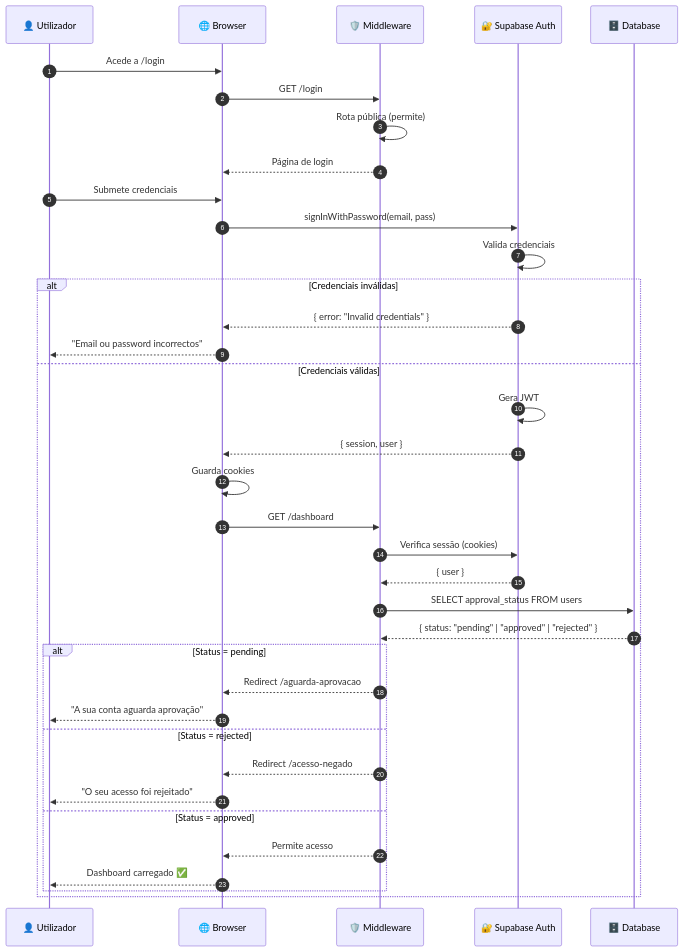
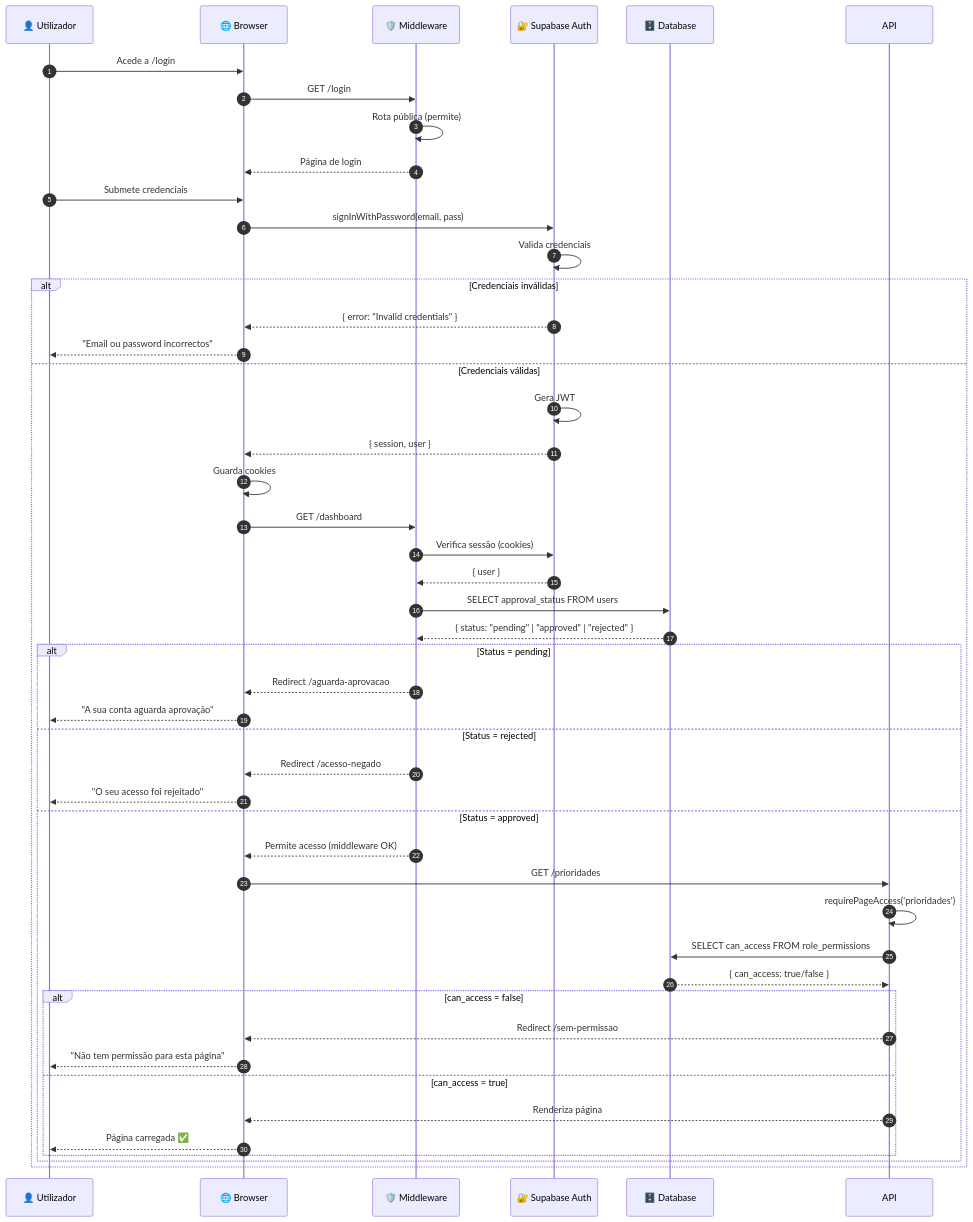
The seventh of 9 diagrams in docs/documentation/diagrams/security/auth-flow.md (hackkalot/crm-prestadores), drawn with Mermaid before and after one commit. The commit also changed other lines of this file and 37 other files, not shown here.

````diff
--- a/docs/documentation/diagrams/security/auth-flow.md
+++ b/docs/documentation/diagrams/security/auth-flow.md
@@ -190,45 +291,56 @@
 ```mermaid
 sequenceDiagram
     autonumber
     participant U as 👤 Utilizador
     participant B as 🌐 Browser
     participant M as 🛡️ Middleware
     participant S as 🔐 Supabase Auth
     participant DB as 🗄️ Database
 
     U->>B: Acede a /login
     B->>M: GET /login
     M->>M: Rota pública (permite)
     M-->>B: Página de login
 
     U->>B: Submete credenciais
     B->>S: signInWithPassword(email, pass)
     S->>S: Valida credenciais
 
     alt Credenciais inválidas
         S-->>B: { error: "Invalid credentials" }
         B-->>U: "Email ou password incorrectos"
     else Credenciais válidas
         S->>S: Gera JWT
         S-->>B: { session, user }
         B->>B: Guarda cookies
 
         B->>M: GET /dashboard
         M->>S: Verifica sessão (cookies)
         S-->>M: { user }
 
         M->>DB: SELECT approval_status FROM users
         DB-->>M: { status: "pending" | "approved" | "rejected" }
 
         alt Status = pending
             M-->>B: Redirect /aguarda-aprovacao
             B-->>U: "A sua conta aguarda aprovação"
         else Status = rejected
             M-->>B: Redirect /acesso-negado
             B-->>U: "O seu acesso foi rejeitado"
         else Status = approved
-            M-->>B: Permite acesso
-            B-->>U: Dashboard carregado ✅
+            M-->>B: Permite acesso (middleware OK)
+            B->>API: GET /prioridades
+            API->>API: requirePageAccess('prioridades')
+            API->>DB: SELECT can_access FROM role_permissions
+            DB-->>API: { can_access: true/false }
+
+            alt can_access = false
+                API-->>B: Redirect /sem-permissao
+                B-->>U: "Não tem permissão para esta página"
+            else can_access = true
+                API-->>B: Renderiza página
+                B-->>U: Página carregada ✅
+            end
         end
     end
 ```
````
